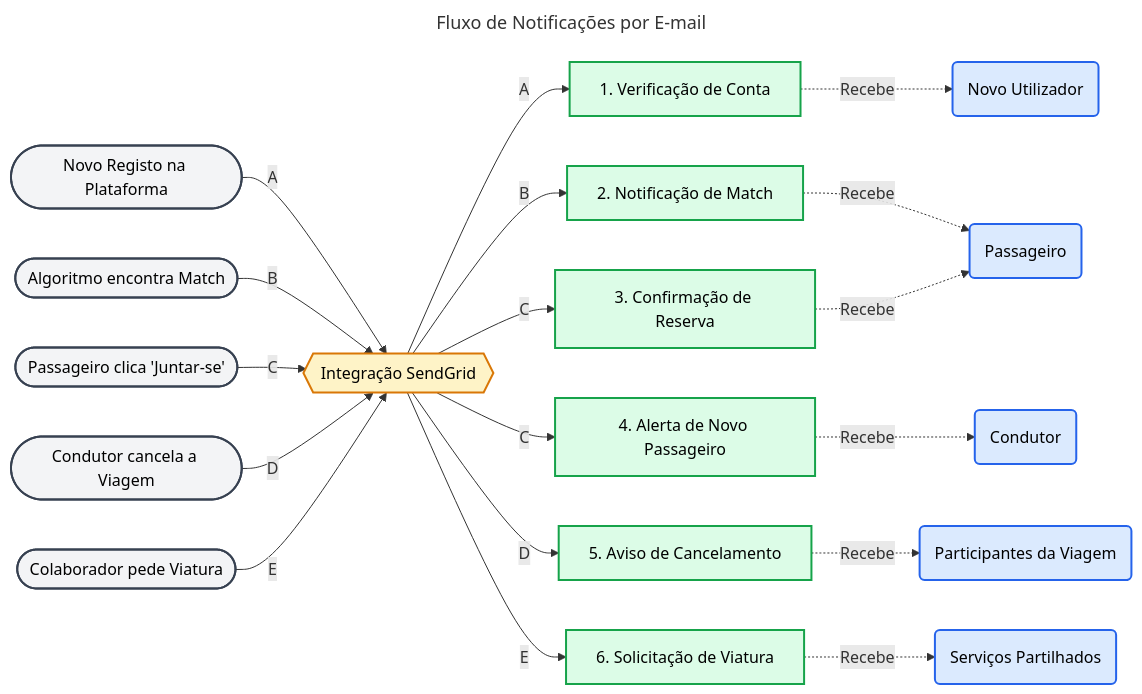
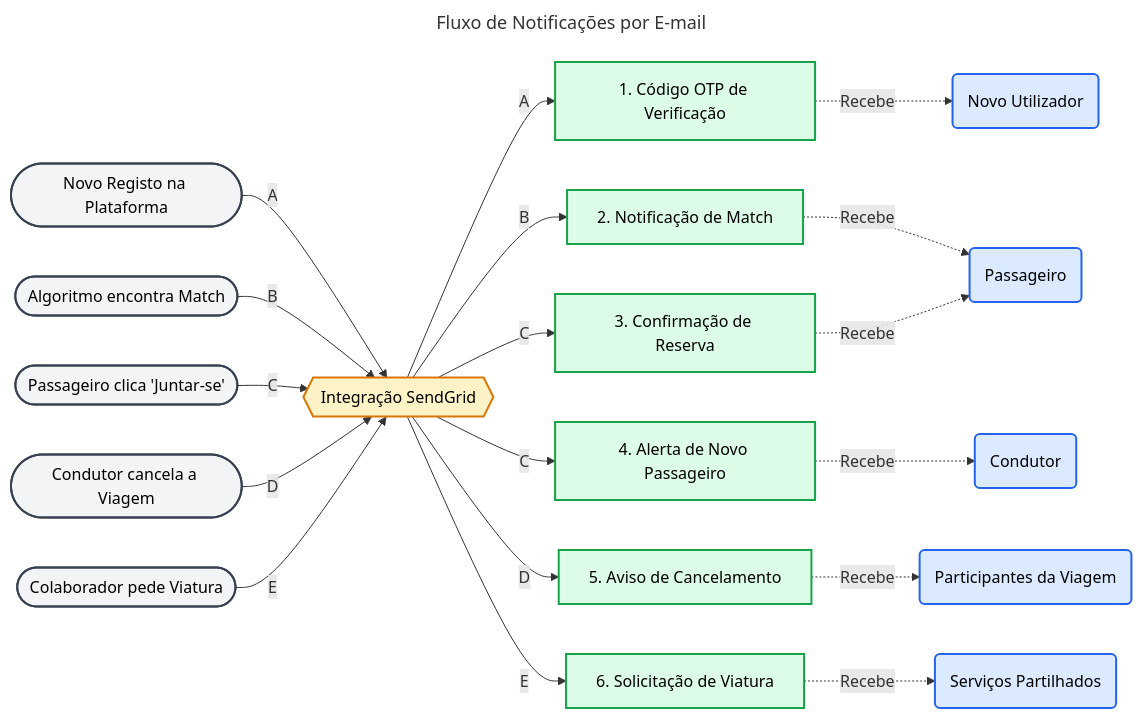
One commit to joaosantos1231209/Road-Buddies changed the diagram in Documentation/Diagramas/fluxo-email.md. Above: the diagram before and after it, drawn with Mermaid. The commit also changed 15 other files, not shown here.

Commit message:
Atualizados diagramas e base de dados

````diff
--- a/Documentation/Diagramas/fluxo-email.md
+++ b/Documentation/Diagramas/fluxo-email.md
@@ -1,61 +1,61 @@
 ```mermaid
 ---
 title: Fluxo de Notificações por E-mail
 ---
 graph LR
     %% 1. ESTILOS
     classDef gatilho fill:#f3f4f6,stroke:#374151,stroke-width:2px,color:#000
     classDef api fill:#fef3c7,stroke:#d97706,stroke-width:2px,color:#000
     classDef email fill:#dcfce7,stroke:#16a34a,stroke-width:2px,color:#000
     classDef user fill:#dbeafe,stroke:#2563eb,stroke-width:2px,color:#000
 
     %% 2. GATILHOS (O que acontece na App)
     G1([Novo Registo na Plataforma])
     G2([Algoritmo encontra Match])
     G3([Passageiro clica 'Juntar-se'])
     G4([Condutor cancela a Viagem])
     G5([Colaborador pede Viatura])
 
     %% 3. MOTOR
     API{{Integração SendGrid}}
 
     %% 4. TIPOS DE E-MAIL
-    M1[1. Verificação de Conta]
+    M1[1. Código OTP de Verificação]
     M2[2. Notificação de Match]
     M3[3. Confirmação de Reserva]
     M4[4. Alerta de Novo Passageiro]
     M5[5. Aviso de Cancelamento]
     M6[6. Solicitação de Viatura]
 
     %% 5. DESTINATÁRIOS
     U1(Novo Utilizador)
     U2(Passageiro)
     U3(Condutor)
     U4(Participantes da Viagem)
     U5(Serviços Partilhados)
 
     %% 6. O FLUXO LÓGICO COM IDENTIFICADORES (A, B, C, D, E)
     G1 -->|A| API
     API -->|A| M1 -.->|Recebe| U1
     
     G2 -->|B| API
     API -->|B| M2 -.->|Recebe| U2
     
     %% O fluxo C divide-se em dois e-mails
     G3 -->|C| API
     API -->|C| M3 -.->|Recebe| U2
     API -->|C| M4 -.->|Recebe| U3
     
     G4 -->|D| API
     API -->|D| M5 -.->|Recebe| U4
     
     %% O novo fluxo E
     G5 -->|E| API
     API -->|E| M6 -.->|Recebe| U5
 
     %% 7. APLICAR CORES
     class G1,G2,G3,G4,G5 gatilho;
     class API api;
     class M1,M2,M3,M4,M5,M6 email;
     class U1,U2,U3,U4,U5 user;
 ```
````
